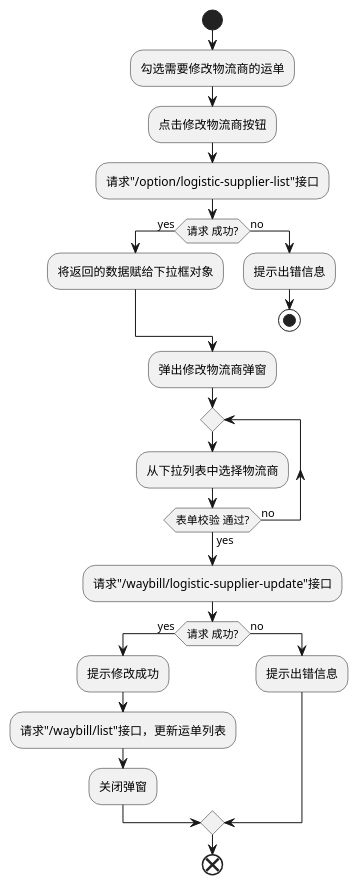
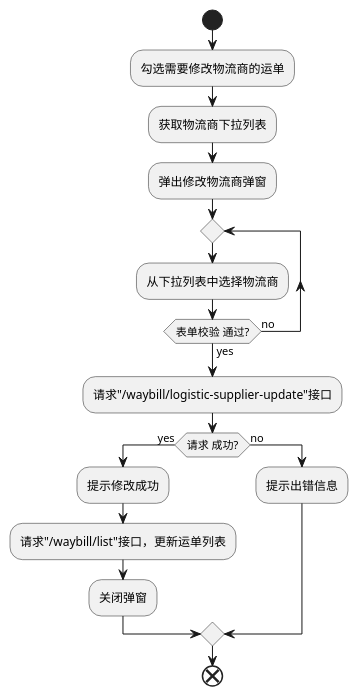
Before and after one commit to futurekidult/lis: the diagram in docs/development-flow-diagram.puml/logistics-list/update-logisitc-supplier.puml, drawn with PlantUML. The commit also changed 13 other files, not shown here.

```diff
--- a/docs/development-flow-diagram.puml/logistics-list/update-logisitc-supplier.puml
+++ b/docs/development-flow-diagram.puml/logistics-list/update-logisitc-supplier.puml
@@ -1,27 +1,20 @@
 @startuml
 
 start
 :勾选需要修改物流商的运单;
-:点击修改物流商按钮;
-:请求"/option/logistic-supplier-list"接口;
-  if(请求 成功?) then (yes)
-    :将返回的数据赋给下拉框对象;
-  else (no)
-    :提示出错信息;
-    stop
-endif
+:获取物流商下拉列表;
 :弹出修改物流商弹窗;
 repeat
   :从下拉列表中选择物流商;
 repeat while(表单校验 通过?) is (no) not (yes)
 :请求"/waybill/logistic-supplier-update"接口;
 if(请求 成功?) then (yes)
   :提示修改成功;
   :请求"/waybill/list"接口，更新运单列表;
   :关闭弹窗;
 else (no)
   :提示出错信息;
 endif
 end
 
 @enduml
```
